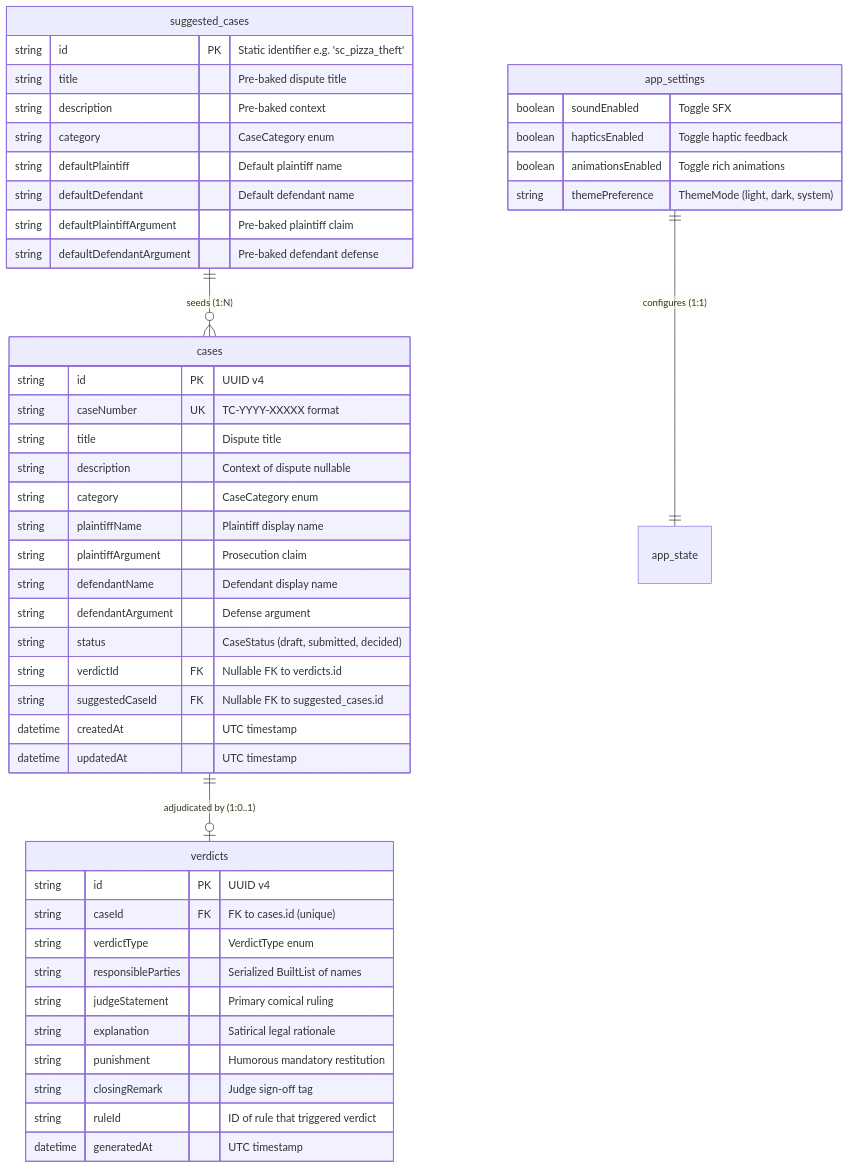
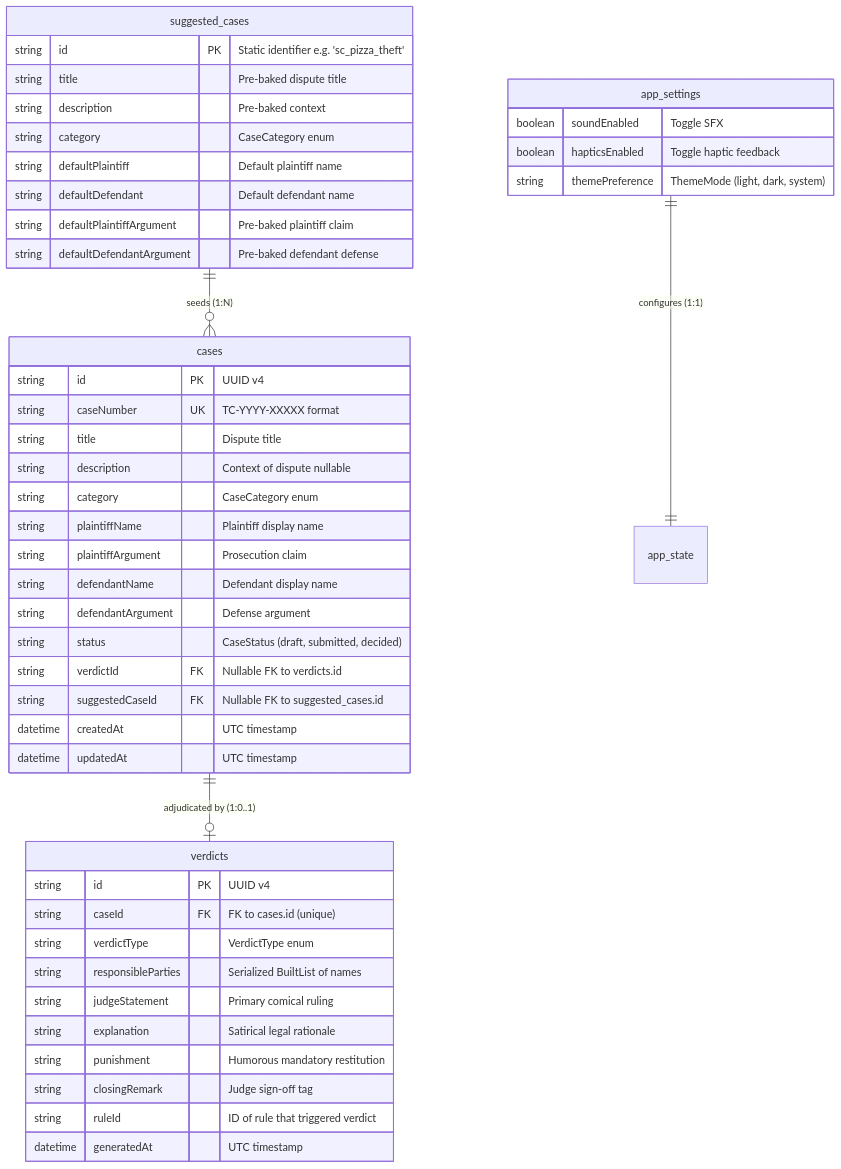
The diagram in docs/service_plans/04-database-schema-storage-and-er-diagram.md (shamininayagam/tiny-court), drawn with Mermaid before and after one commit. The commit also changed 1 other file, not shown here.

Commit message:
doc for Preferences & Settings Specification & Contract

````diff
--- a/docs/service_plans/04-database-schema-storage-and-er-diagram.md
+++ b/docs/service_plans/04-database-schema-storage-and-er-diagram.md
@@ -14,54 +14,53 @@
 ```mermaid
 erDiagram
     cases ||--o| verdicts : "adjudicated by (1:0..1)"
     suggested_cases ||--o{ cases : "seeds (1:N)"
     app_settings ||--|| app_state : "configures (1:1)"
 
     cases {
         string id PK "UUID v4"
         string caseNumber UK "TC-YYYY-XXXXX format"
         string title "Dispute title"
         string description "Context of dispute nullable"
         string category "CaseCategory enum"
         string plaintiffName "Plaintiff display name"
         string plaintiffArgument "Prosecution claim"
         string defendantName "Defendant display name"
         string defendantArgument "Defense argument"
         string status "CaseStatus (draft, submitted, decided)"
         string verdictId FK "Nullable FK to verdicts.id"
         string suggestedCaseId FK "Nullable FK to suggested_cases.id"
         datetime createdAt "UTC timestamp"
         datetime updatedAt "UTC timestamp"
     }
 
     verdicts {
         string id PK "UUID v4"
         string caseId FK "FK to cases.id (unique)"
         string verdictType "VerdictType enum"
         string responsibleParties "Serialized BuiltList of names"
         string judgeStatement "Primary comical ruling"
         string explanation "Satirical legal rationale"
         string punishment "Humorous mandatory restitution"
         string closingRemark "Judge sign-off tag"
         string ruleId "ID of rule that triggered verdict"
         datetime generatedAt "UTC timestamp"
     }
 
     suggested_cases {
         string id PK "Static identifier e.g. 'sc_pizza_theft'"
         string title "Pre-baked dispute title"
         string description "Pre-baked context"
         string category "CaseCategory enum"
         string defaultPlaintiff "Default plaintiff name"
         string defaultDefendant "Default defendant name"
         string defaultPlaintiffArgument "Pre-baked plaintiff claim"
         string defaultDefendantArgument "Pre-baked defendant defense"
     }
 
     app_settings {
         boolean soundEnabled "Toggle SFX"
         boolean hapticsEnabled "Toggle haptic feedback"
-        boolean animationsEnabled "Toggle rich animations"
         string themePreference "ThemeMode (light, dark, system)"
     }
 ```
````
